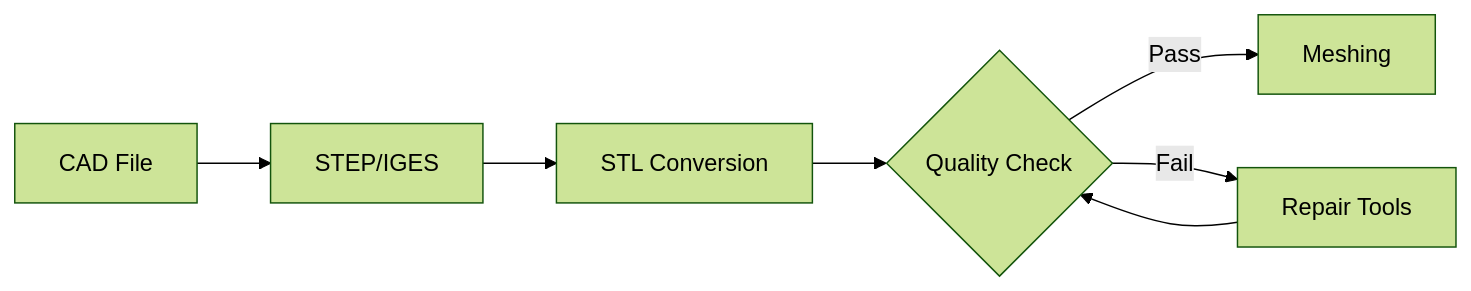
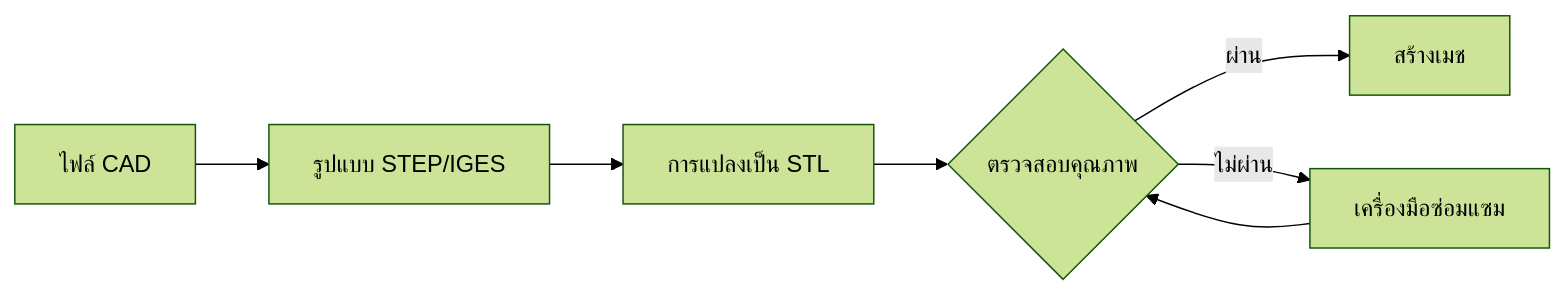
One commit to wramet/build-my-cfd changed the first of 2 diagrams in MODULE_07_UTILITIES_AUTOMATION/CONTENT/01_UTILITIES_OVERVIEW/00_Overview.md. Above: the diagram before and after it, drawn with Mermaid (forest theme). The commit also changed other lines of this file and 104 other files, not shown here.

````diff
--- a/MODULE_07_UTILITIES_AUTOMATION/CONTENT/01_UTILITIES_OVERVIEW/00_Overview.md
+++ b/MODULE_07_UTILITIES_AUTOMATION/CONTENT/01_UTILITIES_OVERVIEW/00_Overview.md
@@ -162,9 +158,9 @@
 ```mermaid
 flowchart LR
-    CAD[CAD File] --> STEP[STEP/IGES]
-    STEP --> STL[STL Conversion]
-    STL --> CHECK{Quality Check}
-    CHECK -->|Pass| MESH[Meshing]
-    CHECK -->|Fail| REPAIR[Repair Tools]
+    CAD[ไฟล์ CAD] --> STEP[รูปแบบ STEP/IGES]
+    STEP --> STL[การแปลงเป็น STL]
+    STL --> CHECK{ตรวจสอบคุณภาพ}
+    CHECK -->|ผ่าน| MESH[สร้างเมช]
+    CHECK -->|ไม่ผ่าน| REPAIR[เครื่องมือซ่อมแซม]
     REPAIR --> CHECK
 ```
````
